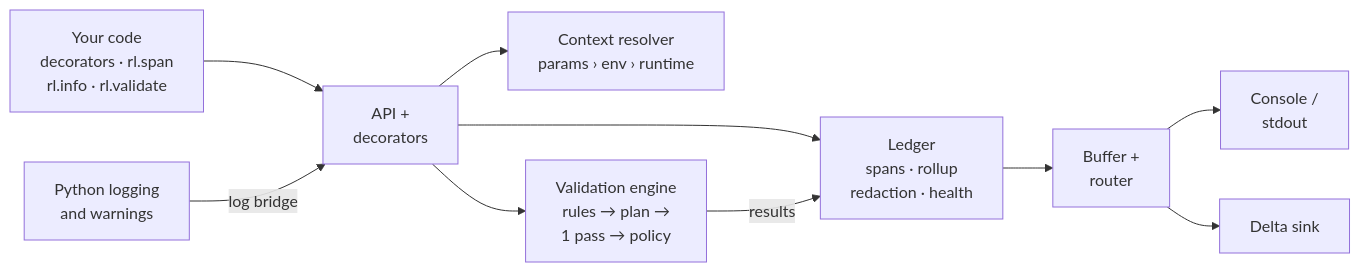
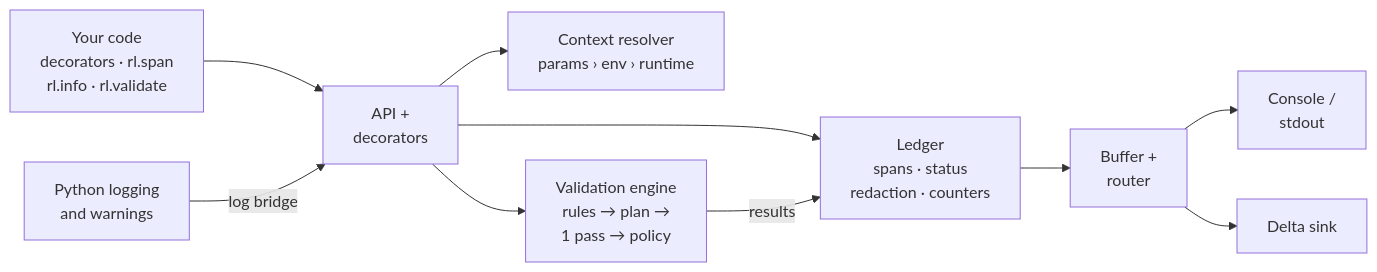
One commit to arbaizam/lakehouse_runledger changed the second of 29 diagrams in docs/design.md. Above: the diagram before and after it, drawn with Mermaid. The commit also changed other lines of this file, not shown here.

````diff
--- a/docs/design.md
+++ b/docs/design.md
@@ -219,12 +226,12 @@
 ```mermaid
 flowchart LR
   UC["Your code<br/>decorators · rl.span<br/>rl.info · rl.validate"] --> API["API +<br/>decorators"]
   LOG["Python logging<br/>and warnings"] -->|log bridge| API
   API --> CTX["Context resolver<br/>params › env › runtime"]
   API --> VAL["Validation engine<br/>rules → plan →<br/>1 pass → policy"]
-  API --> LED["Ledger<br/>spans · rollup<br/>redaction · health"]
+  API --> LED["Ledger<br/>spans · status<br/>redaction · counters"]
   VAL -->|results| LED
   LED --> BUF["Buffer +<br/>router"]
   BUF --> CON["Console /<br/>stdout"]
   BUF --> DS["Delta sink"]
 ```
````
